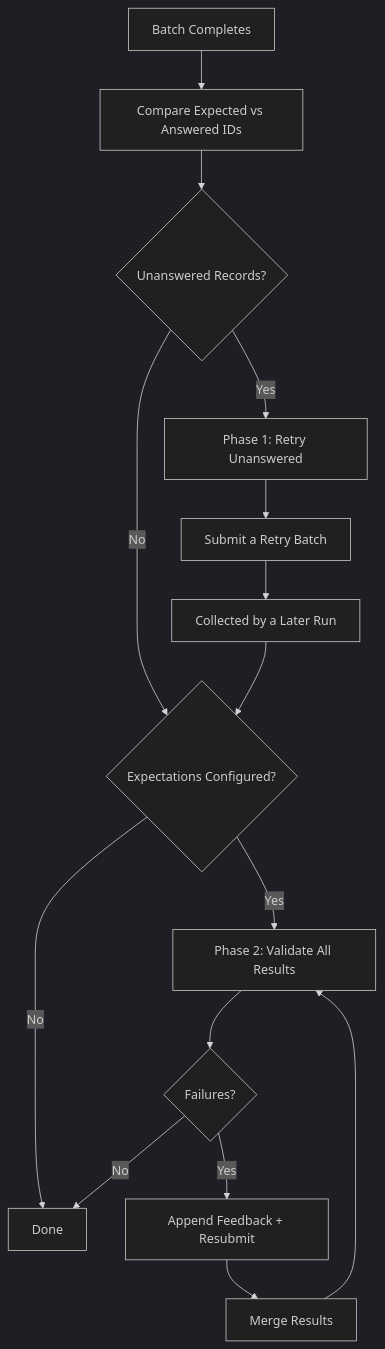
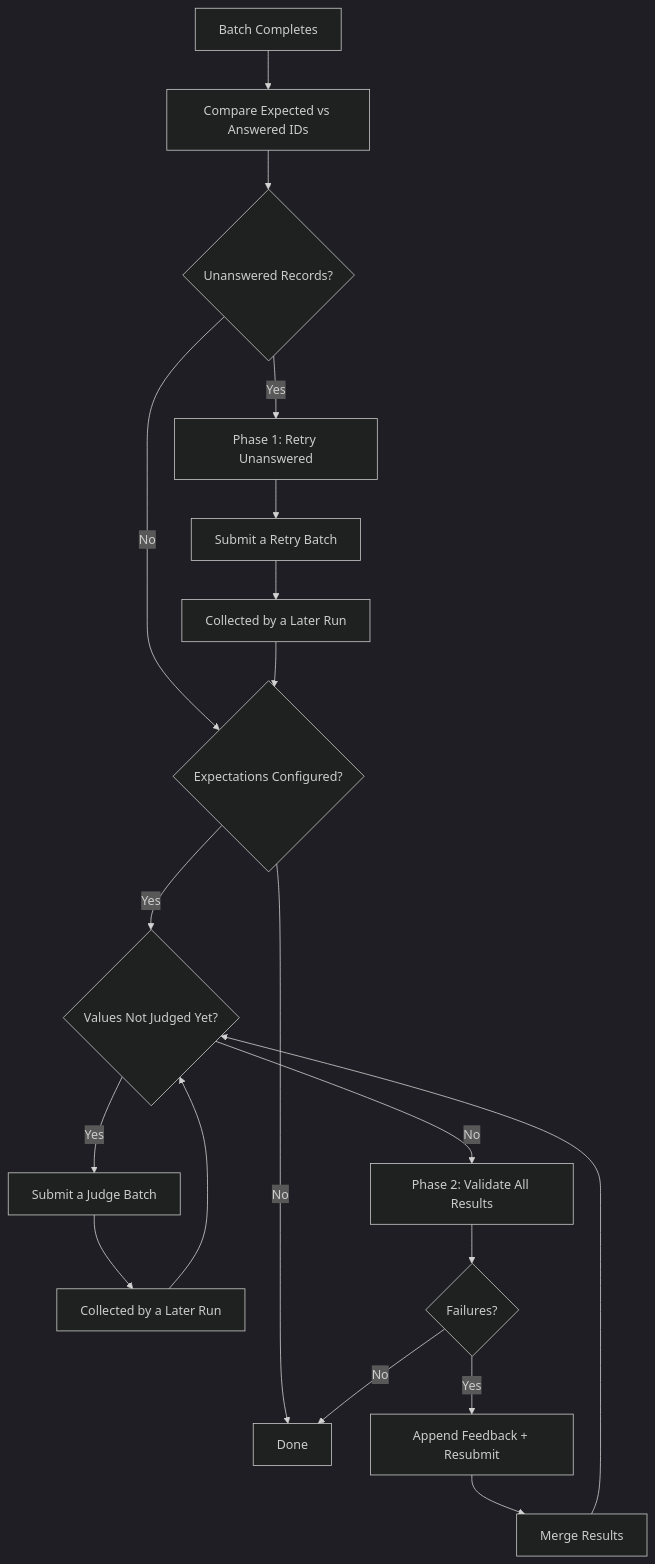
The diagram in docs.agent-actions/docs/reference/execution/batch-recovery.md (Muizzkolapo/agent-actions), drawn with Mermaid (dark theme) before and after one commit. The commit also changed other lines of this file and 15 other files, not shown here.

````diff
--- a/docs.agent-actions/docs/reference/execution/batch-recovery.md
+++ b/docs.agent-actions/docs/reference/execution/batch-recovery.md
@@ -14,17 +14,21 @@
 ```mermaid
 flowchart TD
     A[Batch Completes] --> B[Compare Expected vs Answered IDs]
     B --> C{Unanswered Records?}
     C -->|Yes| D[Phase 1: Retry Unanswered]
     C -->|No| G
     D --> E[Submit a Retry Batch]
     E --> F[Collected by a Later Run]
     F --> G{Expectations Configured?}
-    G -->|Yes| H[Phase 2: Validate All Results]
+    G -->|Yes| M{Values Not Judged Yet?}
     G -->|No| L[Done]
+    M -->|Yes| N[Submit a Judge Batch]
+    N --> O[Collected by a Later Run]
+    O --> M
+    M -->|No| H[Phase 2: Validate All Results]
     H --> I{Failures?}
     I -->|Yes| J[Append Feedback + Resubmit]
     J --> K[Merge Results]
-    K --> H
+    K --> M
     I -->|No| L
 ```
````
